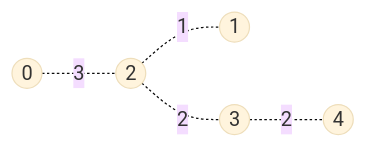
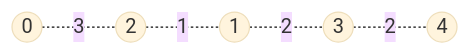
One commit to russhustle/leetpattern changed the second of 2 diagrams in docs/graph_mst.md. Above: the diagram before and after it, drawn with Mermaid (base theme). The commit also changed other lines of this file and 2 other files, not shown here.

Commit message:
2024-09-02

````diff
--- a/docs/graph_mst.md
+++ b/docs/graph_mst.md
@@ -24,7 +24,7 @@
 ```mermaid
 flowchart LR
     0((0)) -.- |3| 2((2))
     2 -.- |1| 1((1))
-    2 -.- |2| 3((3))
+    1 -.- |2| 3((3))
     3 -.- |2| 4((4))
 ```
````
